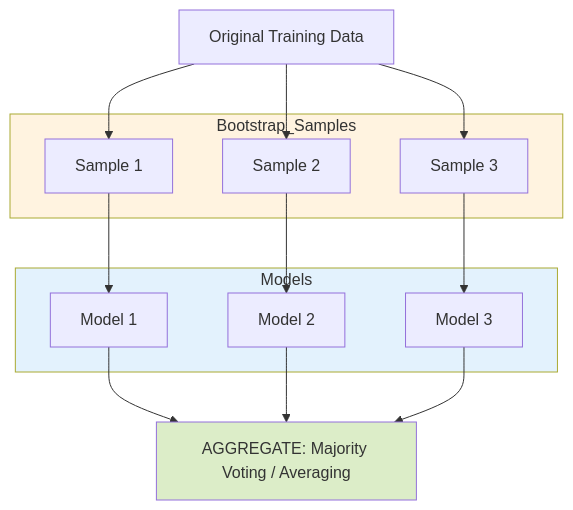
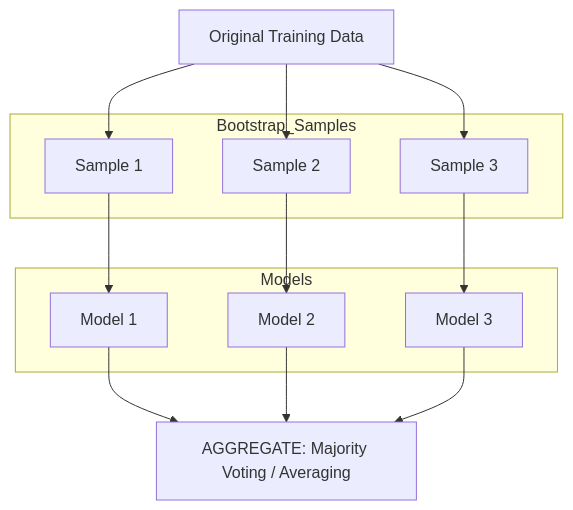
One commit to antonprafanto/dasarAI2026 changed the second of 5 diagrams in bab-09-evaluasi.md. Above: the diagram before and after it, drawn with Mermaid. The commit also changed other lines of this file and 8 other files, not shown here.

Commit message:
Fix: Remove custom Mermaid styling for better dark mode visibility

````diff
--- a/bab-09-evaluasi.md
+++ b/bab-09-evaluasi.md
@@ -342,29 +335,25 @@
 ```mermaid
 graph TD
     Data[Original Training Data]
 
     subgraph Bootstrap_Samples
         S1[Sample 1]
         S2[Sample 2]
         S3[Sample 3]
     end
 
     subgraph Models
         M1[Model 1]
         M2[Model 2]
         M3[Model 3]
     end
 
     Agg[AGGREGATE: Majority Voting / Averaging]
 
     Data --> S1 & S2 & S3
     S1 --> M1
     S2 --> M2
     S3 --> M3
 
     M1 & M2 & M3 --> Agg
-
-    style Bootstrap_Samples fill:#fff3e0
-    style Models fill:#e3f2fd
-    style Agg fill:#dcedc8
 ```
````
